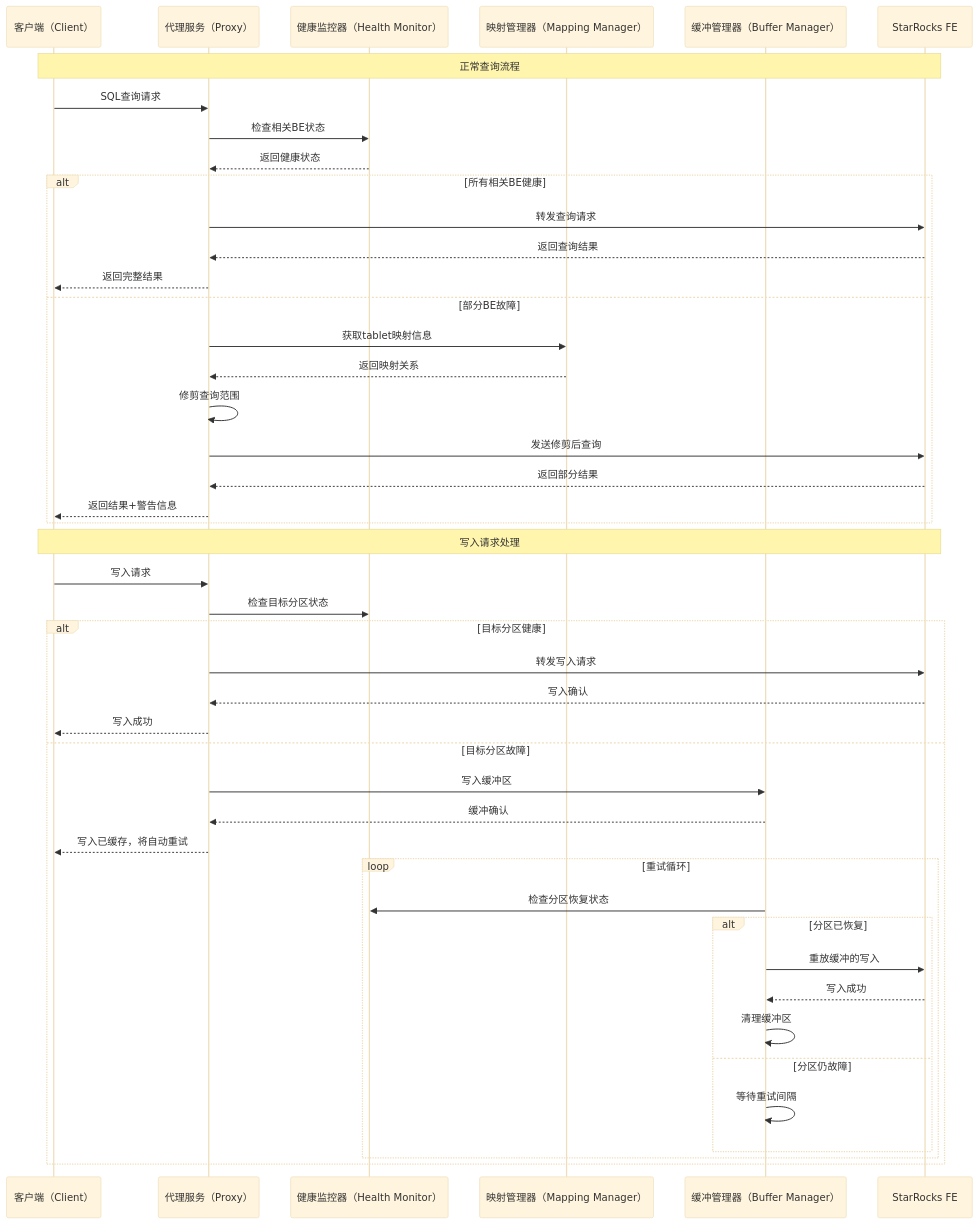
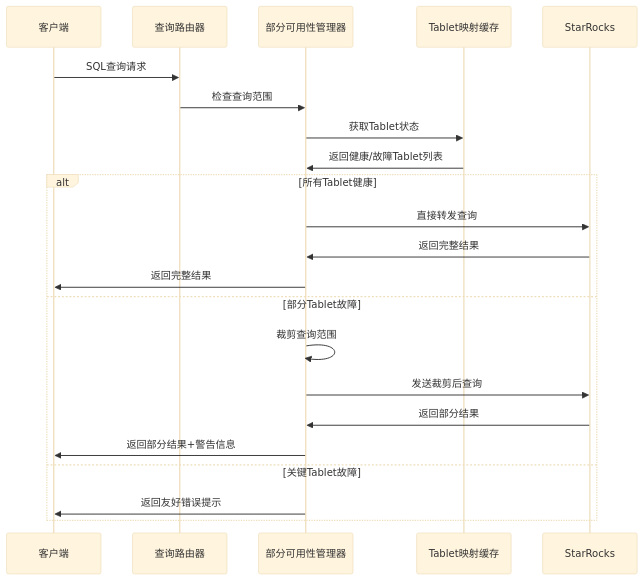
One commit to turtacn/staravail changed the second of 8 diagrams in docs/architecture.md. Above: the diagram before and after it, drawn with Mermaid (base theme). The commit also changed other lines of this file and 42 other files, not shown here.

````diff
--- a/docs/architecture.md
+++ b/docs/architecture.md
@@ -130,53 +81,26 @@
 ```mermaid
 sequenceDiagram
-    participant C as 客户端（Client）
-    participant P as 代理服务（Proxy）
-    participant H as 健康监控器（Health Monitor）
-    participant M as 映射管理器（Mapping Manager）
-    participant B as 缓冲管理器（Buffer Manager）
-    participant F as StarRocks FE
+    participant Client as 客户端
+    participant Router as 查询路由器
+    participant PAM as 部分可用性管理器
+    participant Cache as Tablet映射缓存
+    participant SR as StarRocks
 
-    %% 正常查询流程
-    Note over C,F: 正常查询流程
-    C->>P: SQL查询请求
-    P->>H: 检查相关BE状态
-    H-->>P: 返回健康状态
-    alt 所有相关BE健康
-        P->>F: 转发查询请求
-        F-->>P: 返回查询结果
-        P-->>C: 返回完整结果
-    else 部分BE故障
-        P->>M: 获取tablet映射信息
-        M-->>P: 返回映射关系
-        P->>P: 修剪查询范围
-        P->>F: 发送修剪后查询
-        F-->>P: 返回部分结果
-        P-->>C: 返回结果+警告信息
-    end
-
-    %% 写入流程
-    Note over C,F: 写入请求处理
-    C->>P: 写入请求
-    P->>H: 检查目标分区状态
-    alt 目标分区健康
-        P->>F: 转发写入请求
-        F-->>P: 写入确认
-        P-->>C: 写入成功
-    else 目标分区故障
-        P->>B: 写入缓冲区
-        B-->>P: 缓冲确认
-        P-->>C: 写入已缓存，将自动重试
-        
-        %% 异步重试
-        loop 重试循环
-            B->>H: 检查分区恢复状态
-            alt 分区已恢复
-                B->>F: 重放缓冲的写入
-                F-->>B: 写入成功
-                B->>B: 清理缓冲区
-            else 分区仍故障
-                B->>B: 等待重试间隔
-            end
-        end
+    Client->>Router: SQL查询请求
+    Router->>PAM: 检查查询范围
+    PAM->>Cache: 获取Tablet状态
+    Cache->>PAM: 返回健康/故障Tablet列表
+    
+    alt 所有Tablet健康
+        PAM->>SR: 直接转发查询
+        SR->>PAM: 返回完整结果
+        PAM->>Client: 返回完整结果
+    else 部分Tablet故障
+        PAM->>PAM: 裁剪查询范围
+        PAM->>SR: 发送裁剪后查询
+        SR->>PAM: 返回部分结果
+        PAM->>Client: 返回部分结果+警告信息
+    else 关键Tablet故障
+        PAM->>Client: 返回友好错误提示
     end
 ```
````
